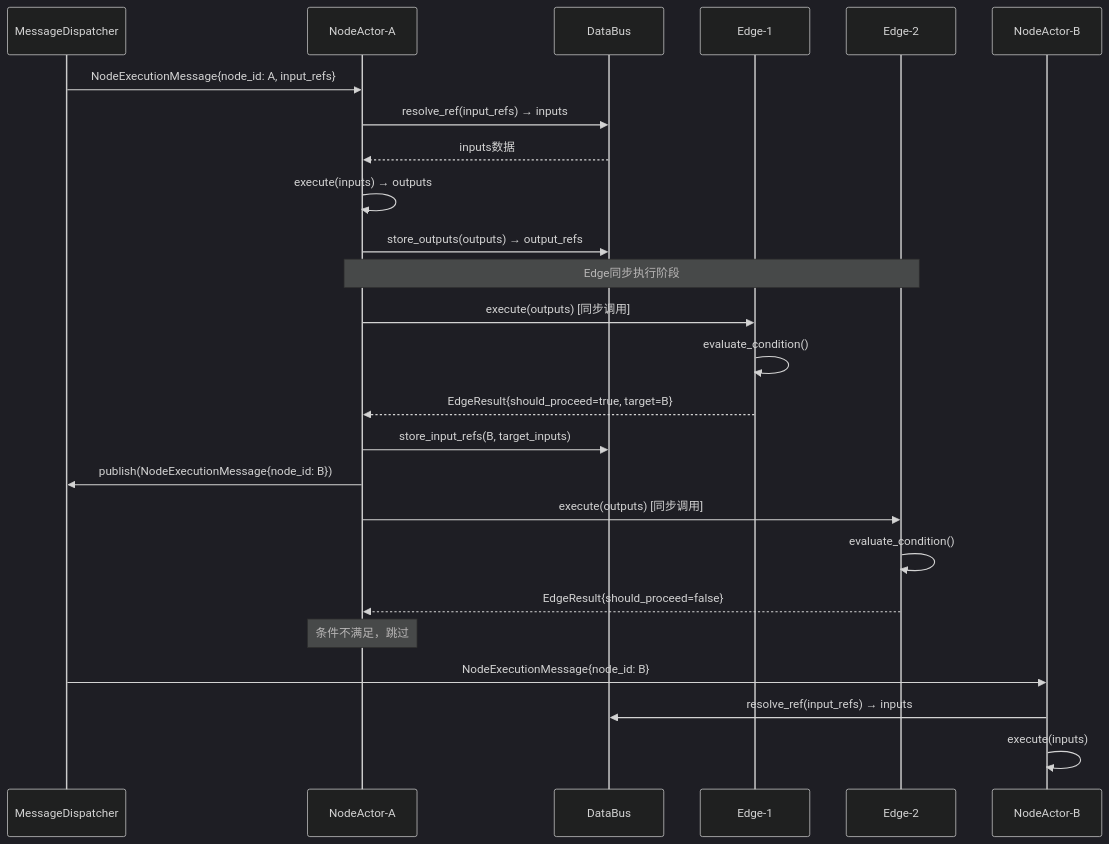
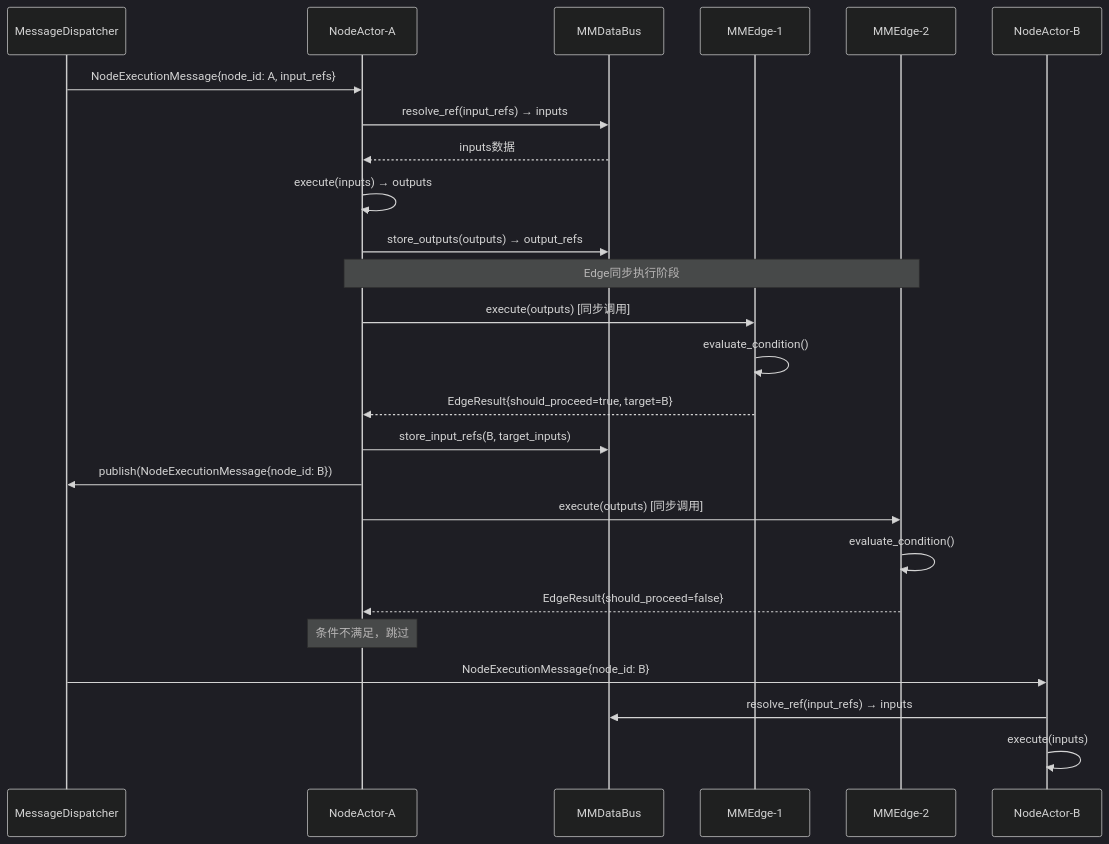
The seventh of 11 diagrams in docs/scheduling.md (xyz11274/agentf), drawn with Mermaid (dark theme) before and after one commit. The commit also changed other lines of this file and 106 other files, not shown here.

````diff
--- a/docs/scheduling.md
+++ b/docs/scheduling.md
@@ -1936,36 +1936,36 @@
 ```mermaid
 sequenceDiagram
     participant MD as MessageDispatcher
     participant NA as NodeActor-A
-    participant DB as DataBus
-    participant E1 as Edge-1
-    participant E2 as Edge-2
+    participant DB as MMDataBus
+    participant E1 as MMEdge-1
+    participant E2 as MMEdge-2
     participant NB as NodeActor-B
 
-    %% Node A 执行（从消息队列接收）
+    %% MMNode A 执行（从消息队列接收）
     MD->>NA: NodeExecutionMessage{node_id: A, input_refs}
     NA->>DB: resolve_ref(input_refs) → inputs
     DB-->>NA: inputs数据
 
     %% 执行Node A
     NA->>NA: execute(inputs) → outputs
     NA->>DB: store_outputs(outputs) → output_refs
 
     %% 同步执行所有Edge（同一调用栈）
     Note over NA,E2: Edge同步执行阶段
     NA->>E1: execute(outputs) [同步调用]
     E1->>E1: evaluate_condition()
     E1-->>NA: EdgeResult{should_proceed=true, target=B}
     NA->>DB: store_input_refs(B, target_inputs)
     NA->>MD: publish(NodeExecutionMessage{node_id: B})
 
     NA->>E2: execute(outputs) [同步调用]
     E2->>E2: evaluate_condition()
     E2-->>NA: EdgeResult{should_proceed=false}
     Note over NA: 条件不满足，跳过
 
-    %% Node B 异步执行
+    %% MMNode B 异步执行
     MD->>NB: NodeExecutionMessage{node_id: B}
     NB->>DB: resolve_ref(input_refs) → inputs
     NB->>NB: execute(inputs)
 ```
````
